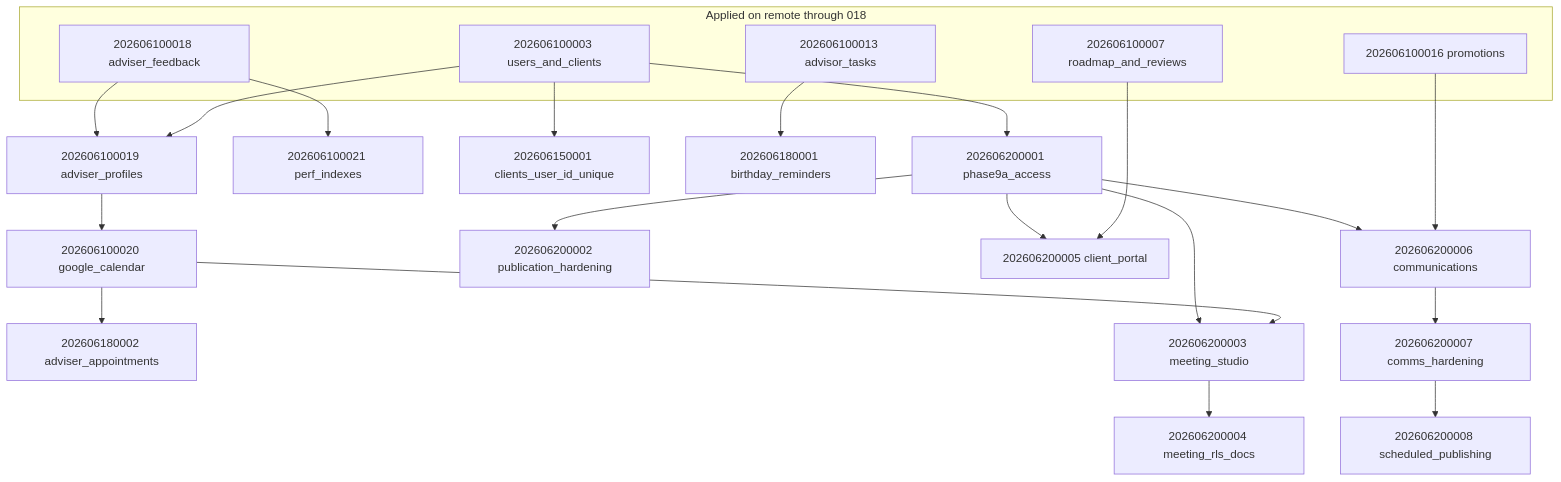
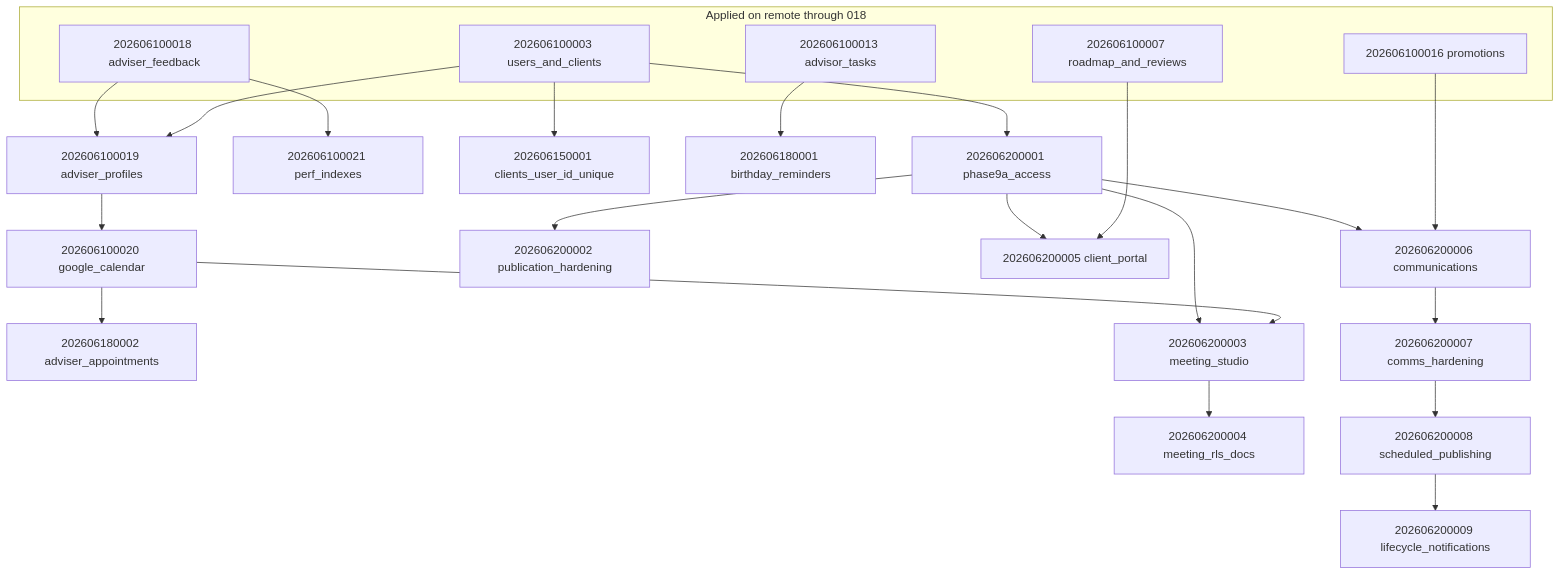
Before and after one commit to marclucas101/aegis-wealth-os: the diagram in docs/MIGRATION_DEPENDENCY_GRAPH.md, drawn with Mermaid. The commit also changed other lines of this file and 40 other files, not shown here.

Commit message:
add Phase 9F.2 lifecycle notifications

````diff
--- a/docs/MIGRATION_DEPENDENCY_GRAPH.md
+++ b/docs/MIGRATION_DEPENDENCY_GRAPH.md
@@ -5,44 +5,46 @@
 ```mermaid
 flowchart TD
   subgraph applied [Applied on remote through 018]
     M003[202606100003 users_and_clients]
     M007[202606100007 roadmap_and_reviews]
     M013[202606100013 advisor_tasks]
     M016[202606100016 promotions]
     M018[202606100018 adviser_feedback]
   end
 
   M019[202606100019 adviser_profiles]
   M020[202606100020 google_calendar]
   M021[202606100021 perf_indexes]
   M150[202606150001 clients_user_id_unique]
   M8A[202606180001 birthday_reminders]
   M8B[202606180002 adviser_appointments]
   M9A1[202606200001 phase9a_access]
   M9A2[202606200002 publication_hardening]
   M9C1[202606200003 meeting_studio]
   M9C2[202606200004 meeting_rls_docs]
   M9D[202606200005 client_portal]
   M9E1[202606200006 communications]
   M9E2[202606200007 comms_hardening]
   M9F1[202606200008 scheduled_publishing]
+  M9F2[202606200009 lifecycle_notifications]
 
   M018 --> M019
   M003 --> M019
   M019 --> M020
   M018 --> M021
   M003 --> M150
   M013 --> M8A
   M020 --> M8B
   M003 --> M9A1
   M9A1 --> M9A2
   M9A1 --> M9C1
   M020 --> M9C1
   M9C1 --> M9C2
   M9A1 --> M9D
   M007 --> M9D
   M9A1 --> M9E1
   M016 --> M9E1
   M9E1 --> M9E2
   M9E2 --> M9F1
+  M9F1 --> M9F2
 ```
````
